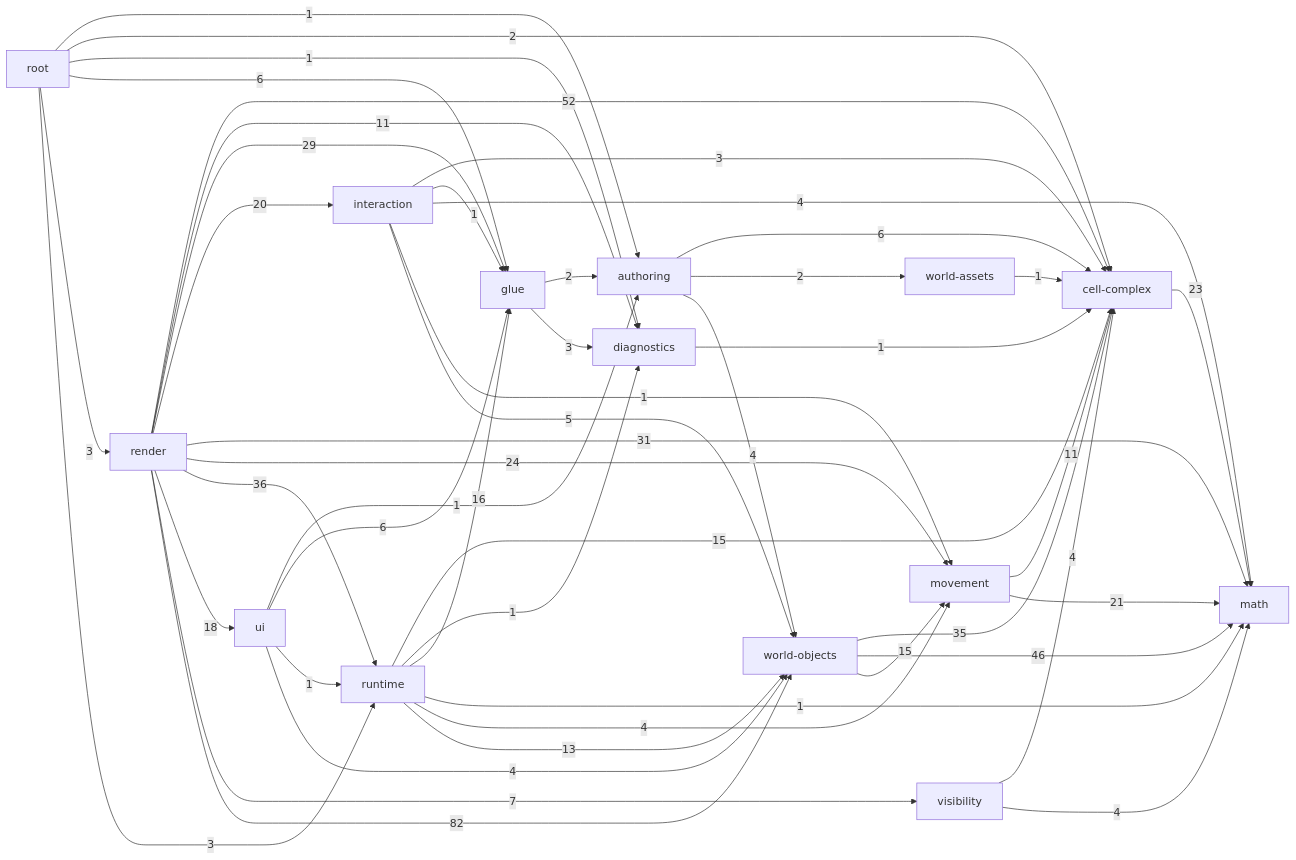
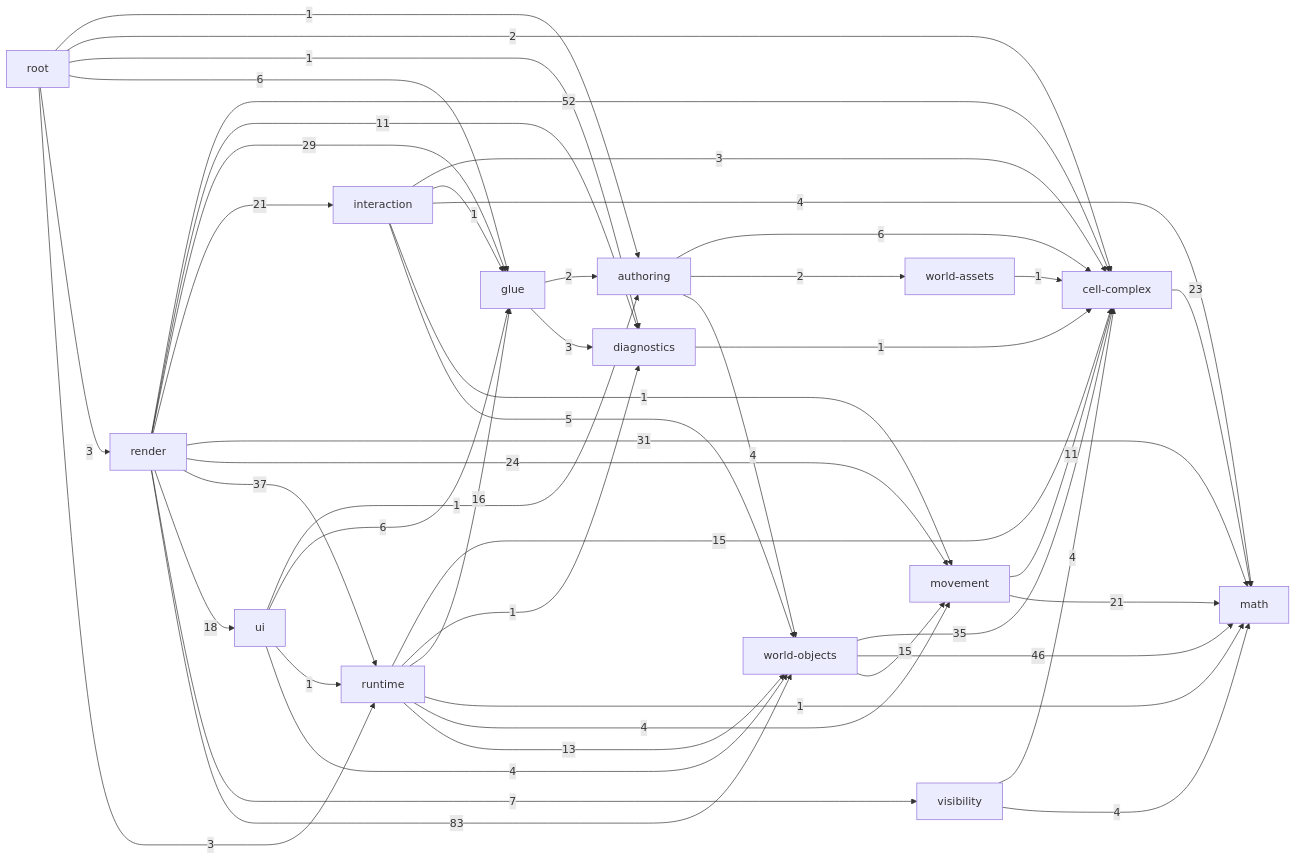
One commit to guraltsev/noneuclid-fpv changed the diagram in _docs/generated/ARCHITECTURE_REFERENCE.md. Above: the diagram before and after it, drawn with Mermaid. The commit also changed other lines of this file and 4 other files, not shown here.

````diff
--- a/_docs/generated/ARCHITECTURE_REFERENCE.md
+++ b/_docs/generated/ARCHITECTURE_REFERENCE.md
@@ -35,63 +35,63 @@
 ```mermaid
 flowchart LR
   math["math"]
   cell_complex["cell-complex"]
   diagnostics["diagnostics"]
   visibility["visibility"]
   movement["movement"]
   world_assets["world-assets"]
   world_objects["world-objects"]
   authoring["authoring"]
   glue["glue"]
   interaction["interaction"]
   runtime["runtime"]
   ui["ui"]
   render["render"]
   root["root"]
   authoring -->|6| cell_complex
   authoring -->|2| world_assets
   authoring -->|4| world_objects
   cell_complex -->|23| math
   diagnostics -->|1| cell_complex
   glue -->|2| authoring
   glue -->|3| diagnostics
   interaction -->|3| cell_complex
   interaction -->|1| glue
   interaction -->|4| math
   interaction -->|1| movement
   interaction -->|5| world_objects
   movement -->|11| cell_complex
   movement -->|21| math
   render -->|52| cell_complex
   render -->|11| diagnostics
   render -->|29| glue
-  render -->|20| interaction
+  render -->|21| interaction
   render -->|31| math
   render -->|24| movement
-  render -->|36| runtime
+  render -->|37| runtime
   render -->|18| ui
   render -->|7| visibility
-  render -->|82| world_objects
+  render -->|83| world_objects
   root -->|1| authoring
   root -->|2| cell_complex
   root -->|1| diagnostics
   root -->|6| glue
   root -->|3| render
   root -->|3| runtime
   runtime -->|15| cell_complex
   runtime -->|1| diagnostics
   runtime -->|16| glue
   runtime -->|1| math
   runtime -->|4| movement
   runtime -->|13| world_objects
   ui -->|1| authoring
   ui -->|6| glue
   ui -->|1| runtime
   ui -->|4| world_objects
   visibility -->|4| cell_complex
   visibility -->|4| math
   world_assets -->|1| cell_complex
   world_objects -->|35| cell_complex
   world_objects -->|46| math
   world_objects -->|15| movement
 ```
````
